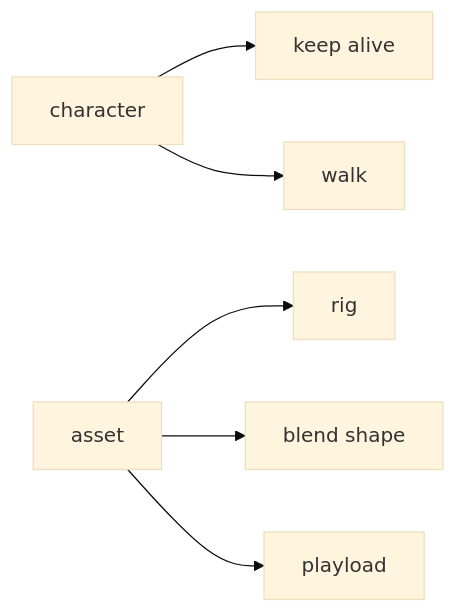
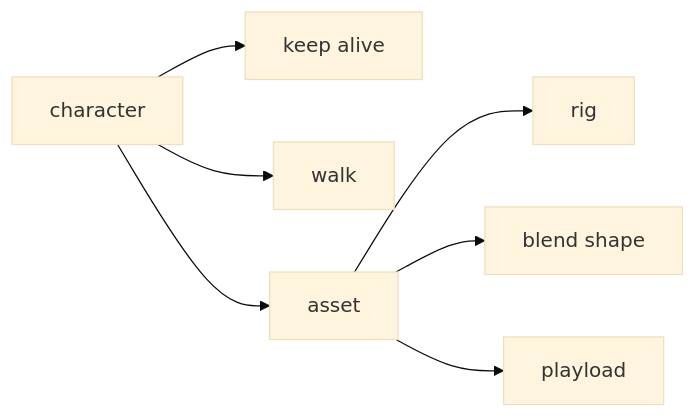
One commit to Ding-Jia-Layla/Houdini-USD-Character-Animation-Conversion-Tool changed the diagram in README.md. Above: the diagram before and after it, drawn with Mermaid (base theme). The commit also changed other lines of this file and 15 other files, not shown here.

````diff
--- a/README.md
+++ b/README.md
@@ -91,17 +8,16 @@
 ```mermaid
     flowchart LR
     a-->b
     a-->c
+    a-->d
     d-->e
     d-->f
     d-->g
     a["character"]
     b["keep alive"]
     c["walk"]
     d["asset"]
     e["rig"]
     f["blend shape"]
     g["playload"]
-
-
 ```
````
